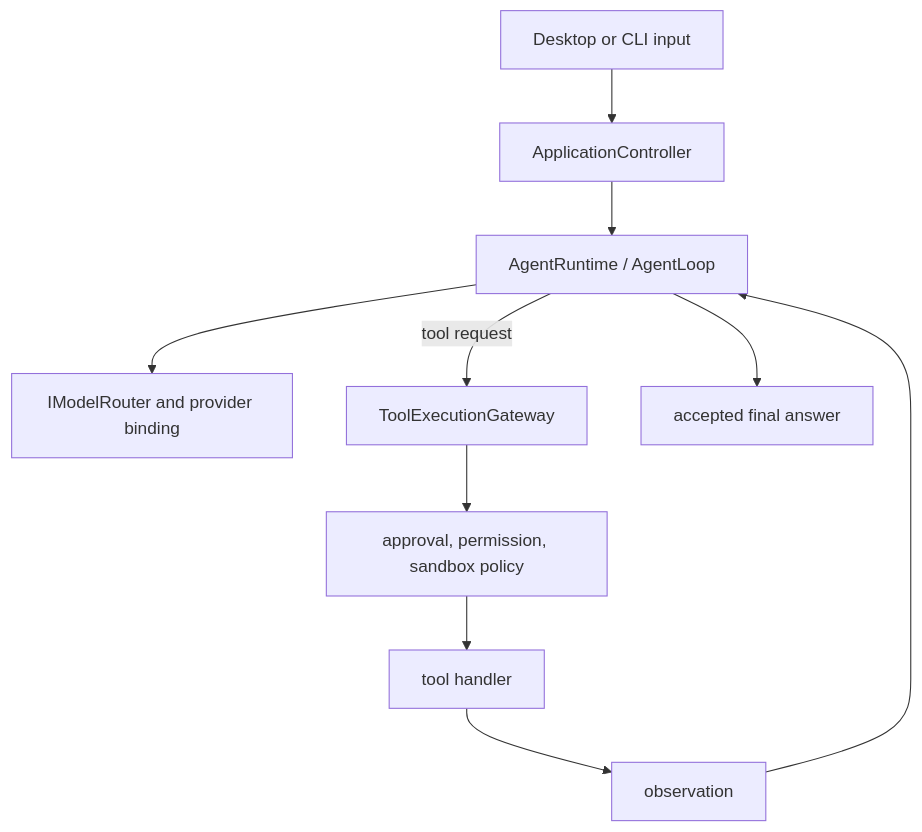
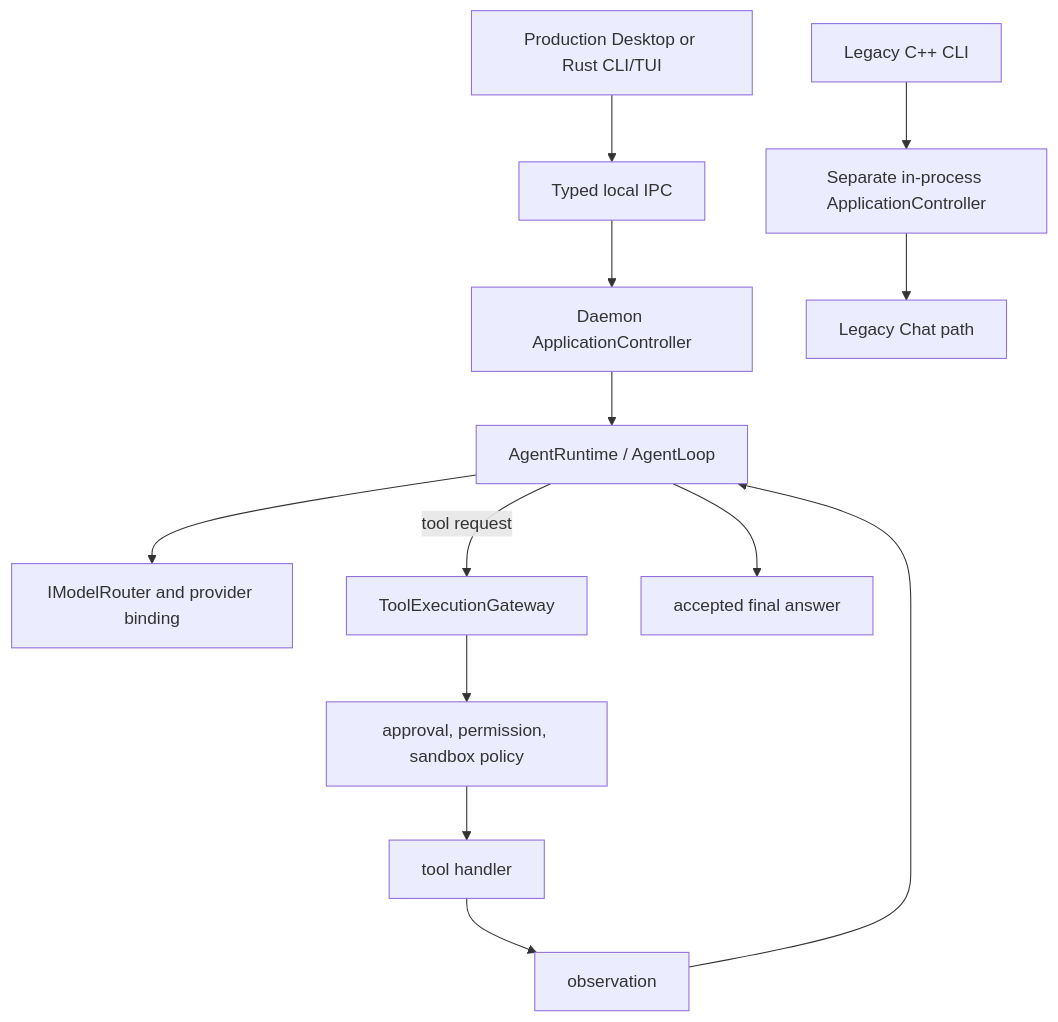
Before and after one commit to Sopwit/Sentinel: the diagram in docs/concepts/AGENT_RUNTIME.md, drawn with Mermaid. The commit also changed other lines of this file and 11 other files, not shown here.

First line of the commit message:
docs: reconcile architecture and capability statements with implemented behavior

````diff
--- a/docs/concepts/AGENT_RUNTIME.md
+++ b/docs/concepts/AGENT_RUNTIME.md
@@ -7,12 +7,15 @@
 ```mermaid
 flowchart TD
-  I[Desktop or CLI input] --> C[ApplicationController]
+  I[Production Desktop or Rust CLI/TUI] --> IPC[Typed local IPC]
+  IPC --> C[Daemon ApplicationController]
+  L[Legacy C++ CLI] --> LC[Separate in-process ApplicationController]
+  LC --> CHAT[Legacy Chat path]
   C --> R[AgentRuntime / AgentLoop]
   R --> M[IModelRouter and provider binding]
   R -->|tool request| G[ToolExecutionGateway]
   G --> P[approval, permission, sandbox policy]
   P --> T[tool handler]
   T --> O[observation]
   O --> R
   R --> F[accepted final answer]
 ```
````
